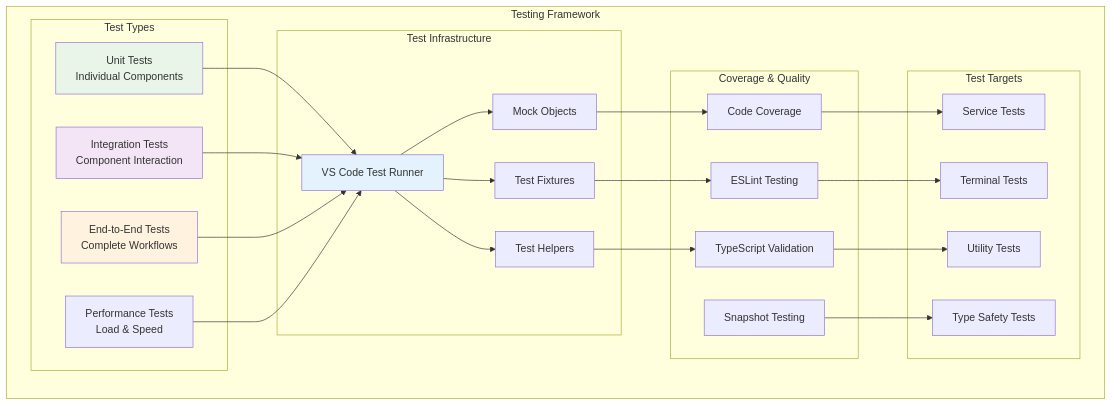
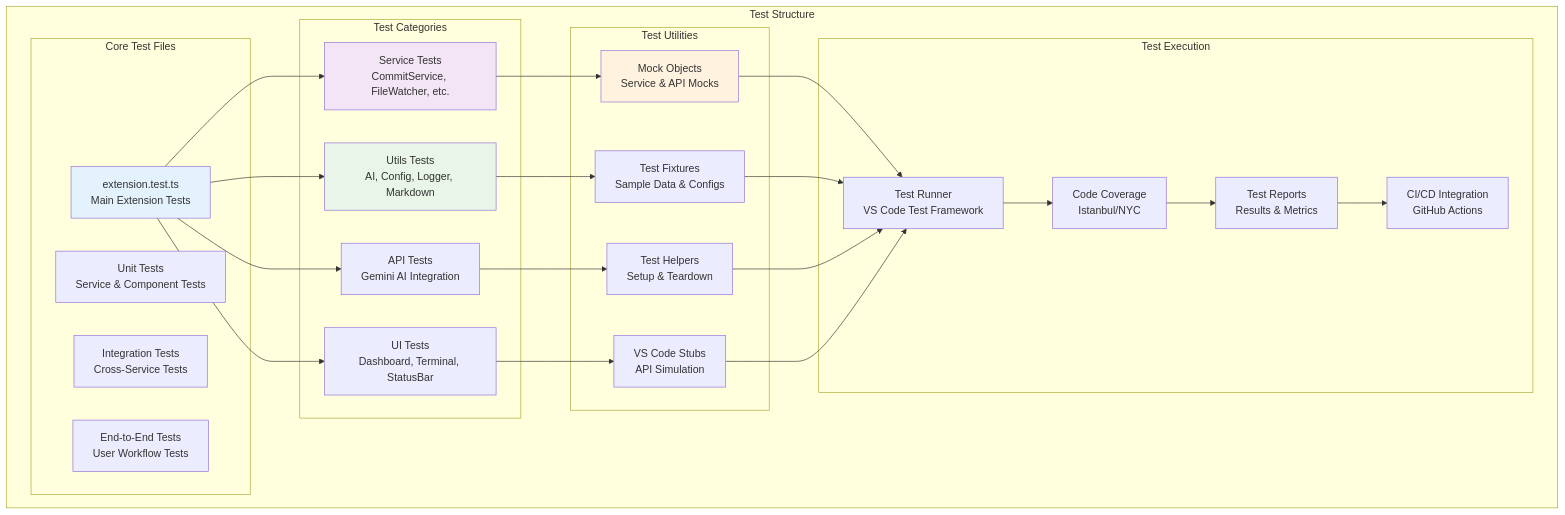
One commit to sbeeredd04/auto-git changed the diagram in gitcue/src/test/README.md. Above: the diagram before and after it, drawn with Mermaid. The commit also changed other lines of this file and 9 other files, not shown here.

First line of the commit message:
feat(extension): Improve real-time updates and terminal handling

````diff
--- a/gitcue/src/test/README.md
+++ b/gitcue/src/test/README.md
@@ -7,55 +7,56 @@
 ```mermaid
 graph TB
-    subgraph "Testing Framework"
-        subgraph "Test Types"
-            UNIT[Unit Tests<br/>Individual Components]
-            INTEGRATION[Integration Tests<br/>Component Interaction]
-            E2E[End-to-End Tests<br/>Complete Workflows]
-            PERFORMANCE[Performance Tests<br/>Load & Speed]
+    subgraph "Test Structure"
+        subgraph "Core Test Files"
+            EXT_TEST[extension.test.ts<br/>Main Extension Tests]
+            UNIT_TESTS[Unit Tests<br/>Service & Component Tests]
+            INTEGRATION[Integration Tests<br/>Cross-Service Tests]
+            E2E[End-to-End Tests<br/>User Workflow Tests]
         end
         
-        subgraph "Test Infrastructure"
-            RUNNER[VS Code Test Runner]
-            MOCKS[Mock Objects]
-            FIXTURES[Test Fixtures]
-            HELPERS[Test Helpers]
+        subgraph "Test Categories"
+            SERVICE_TESTS[Service Tests<br/>CommitService, FileWatcher, etc.]
+            UTIL_TESTS[Utils Tests<br/>AI, Config, Logger, Markdown]
+            UI_TESTS[UI Tests<br/>Dashboard, Terminal, StatusBar]
+            API_TESTS[API Tests<br/>Gemini AI Integration]
         end
         
-        subgraph "Coverage & Quality"
-            COVERAGE[Code Coverage]
-            LINTING[ESLint Testing]
-            TYPE_CHECK[TypeScript Validation]
-            SNAPSHOT[Snapshot Testing]
+        subgraph "Test Utilities"
+            MOCKS[Mock Objects<br/>Service & API Mocks]
+            FIXTURES[Test Fixtures<br/>Sample Data & Configs]
+            HELPERS[Test Helpers<br/>Setup & Teardown]
+            STUBS[VS Code Stubs<br/>API Simulation]
         end
         
-        subgraph "Test Targets"
-            SERVICES[Service Tests]
-            TERMINAL[Terminal Tests]
-            UTILS[Utility Tests]
-            TYPES[Type Safety Tests]
+        subgraph "Test Execution"
+            RUNNER[Test Runner<br/>VS Code Test Framework]
+            COVERAGE[Code Coverage<br/>Istanbul/NYC]
+            REPORTING[Test Reports<br/>Results & Metrics]
+            CI_CD[CI/CD Integration<br/>GitHub Actions]
         end
     end
     
-    UNIT --> RUNNER
-    INTEGRATION --> RUNNER
-    E2E --> RUNNER
-    PERFORMANCE --> RUNNER
+    EXT_TEST --> SERVICE_TESTS
+    EXT_TEST --> UTIL_TESTS
+    EXT_TEST --> UI_TESTS
+    EXT_TEST --> API_TESTS
     
-    RUNNER --> MOCKS
-    RUNNER --> FIXTURES
-    RUNNER --> HELPERS
+    SERVICE_TESTS --> MOCKS
+    UTIL_TESTS --> FIXTURES
+    UI_TESTS --> STUBS
+    API_TESTS --> HELPERS
     
-    MOCKS --> COVERAGE
-    FIXTURES --> LINTING
-    HELPERS --> TYPE_CHECK
+    MOCKS --> RUNNER
+    FIXTURES --> RUNNER
+    HELPERS --> RUNNER
+    STUBS --> RUNNER
     
-    COVERAGE --> SERVICES
-    LINTING --> TERMINAL
-    TYPE_CHECK --> UTILS
-    SNAPSHOT --> TYPES
+    RUNNER --> COVERAGE
+    COVERAGE --> REPORTING
+    REPORTING --> CI_CD
     
-    style UNIT fill:#e8f5e8
-    style INTEGRATION fill:#f3e5f5
-    style E2E fill:#fff3e0
-    style RUNNER fill:#e3f2fd
+    style EXT_TEST fill:#e3f2fd
+    style SERVICE_TESTS fill:#f3e5f5
+    style UTIL_TESTS fill:#e8f5e8
+    style MOCKS fill:#fff3e0
 ```
````
